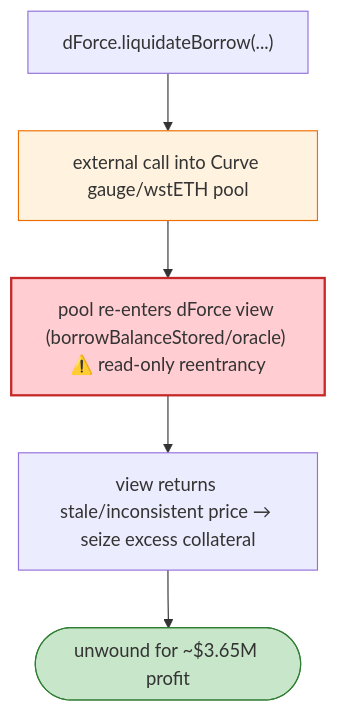
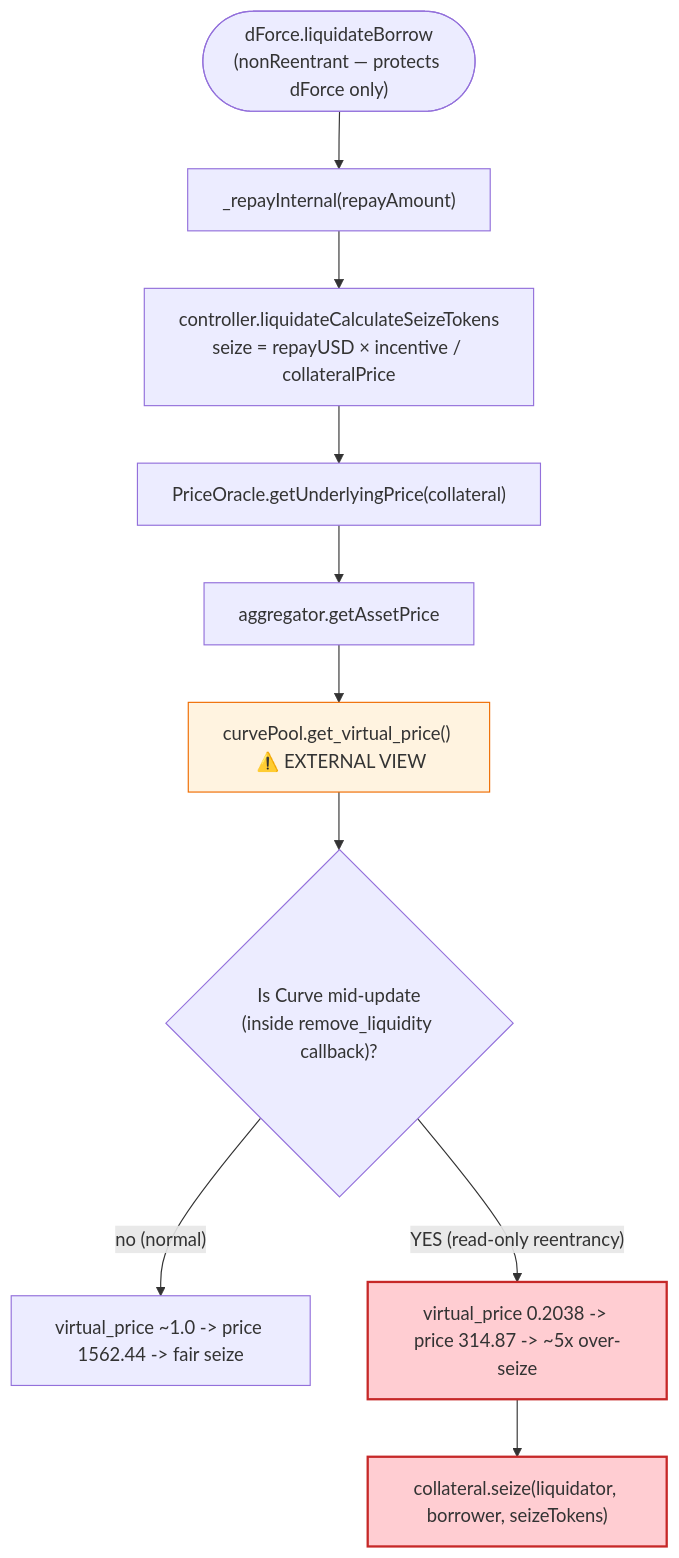
The third of 4 diagrams in 2023-02-dForce_exp/dForce_exp.md (sanbir/evm-hack-registry), drawn with Mermaid before and after one commit. The commit also changed other lines of this file and 52 other files, not shown here.

````diff
--- a/2023-02-dForce_exp/dForce_exp.md
+++ b/2023-02-dForce_exp/dForce_exp.md
@@ -43,11 +354,16 @@
 ```mermaid
 flowchart TD
-    LB["dForce.liquidateBorrow(...)"] --> EXT["external call into Curve gauge/wstETH pool"]
-    EXT --> RE["pool re-enters dForce view (borrowBalanceStored/oracle) ⚠️ read-only reentrancy"]
-    RE --> ST["view returns stale/inconsistent price → seize excess collateral"]
-    ST --> OUT(["unwound for ~$3.65M profit"])
+    Start(["dForce.liquidateBorrow<br/>(nonReentrant — protects dForce only)"]) --> Repay["_repayInternal(repayAmount)"]
+    Repay --> Calc["controller.liquidateCalculateSeizeTokens<br/>seize = repayUSD × incentive / collateralPrice"]
+    Calc --> Oracle["PriceOracle.getUnderlyingPrice(collateral)"]
+    Oracle --> Agg["aggregator.getAssetPrice"]
+    Agg --> Curve["curvePool.get_virtual_price()  ⚠️ EXTERNAL VIEW"]
+    Curve --> Chk{"Is Curve mid-update<br/>(inside remove_liquidity callback)?"}
+    Chk -- "no (normal)" --> Good["virtual_price ~1.0 -> price 1562.44 -> fair seize"]
+    Chk -- "YES (read-only reentrancy)" --> Bad["virtual_price 0.2038 -> price 314.87 -> ~5x over-seize"]
+    Bad --> Seize["collateral.seize(liquidator, borrower, seizeTokens)"]
 
-    style EXT fill:#fff3e0,stroke:#ef6c00
-    style RE fill:#ffcdd2,stroke:#c62828,stroke-width:2px
-    style OUT fill:#c8e6c9,stroke:#2e7d32
+    style Curve fill:#fff3e0,stroke:#ef6c00
+    style Bad fill:#ffcdd2,stroke:#c62828,stroke-width:2px
+    style Seize fill:#ffcdd2,stroke:#c62828,stroke-width:2px
 ```
````
